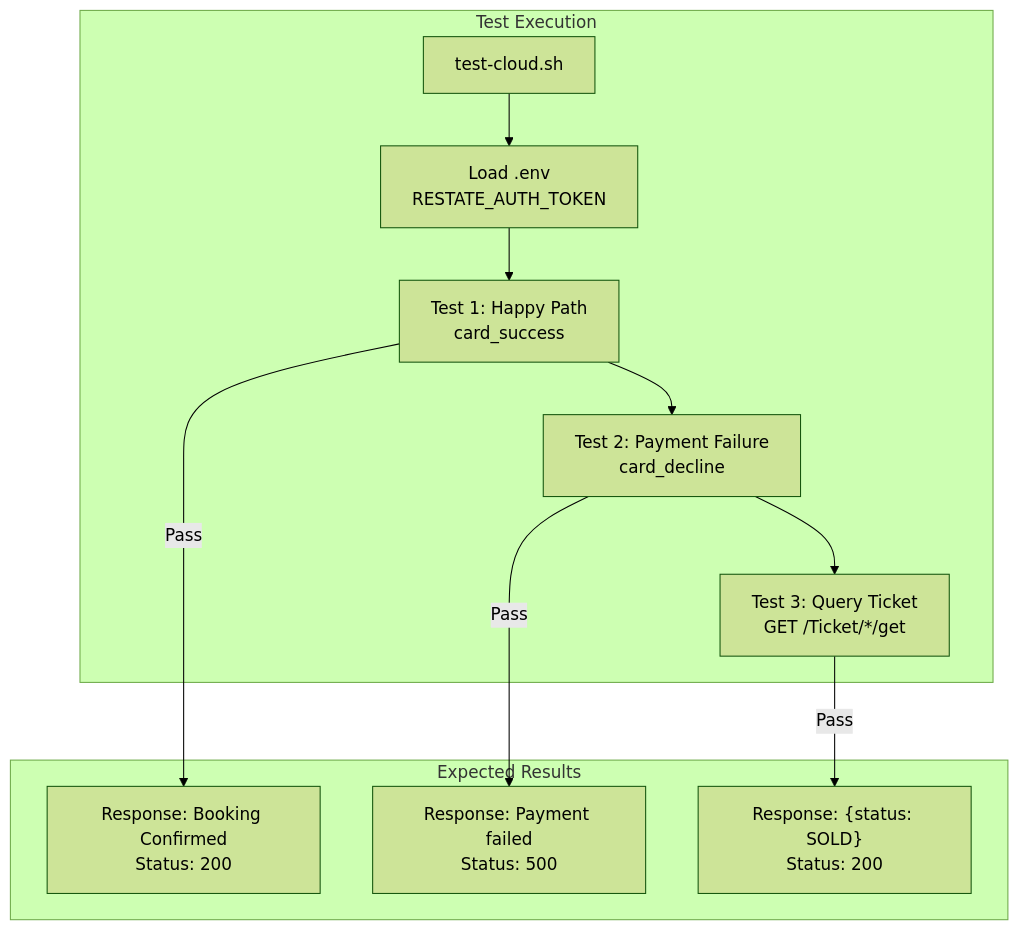
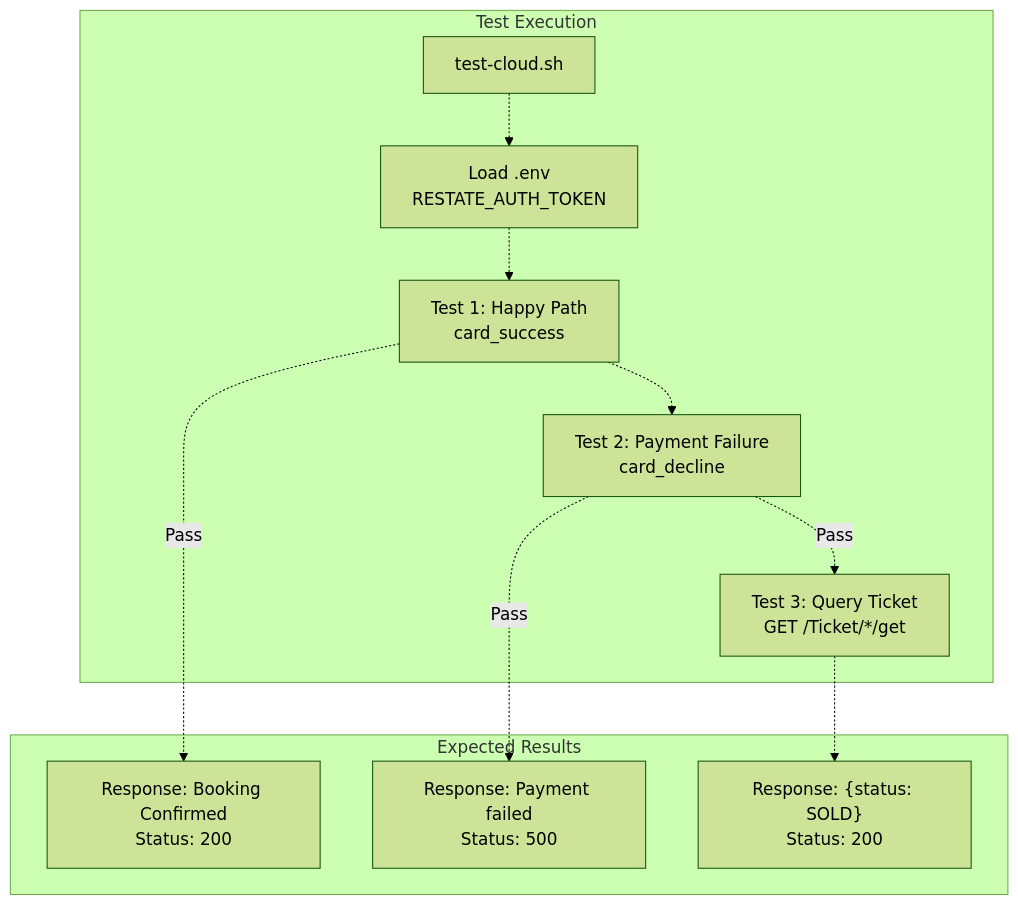
Before and after one commit to philipz/restate-cloudflare-workers-poc: the sixth of 6 diagrams in docs/deepwiki/Cloud-Deployment.md, drawn with Mermaid (forest theme). The commit also changed other lines of this file and 27 other files, not shown here.

````diff
--- a/docs/deepwiki/Cloud-Deployment.md
+++ b/docs/deepwiki/Cloud-Deployment.md
@@ -392,34 +392,34 @@
 ```mermaid
 flowchart TD
 
 Script["test-cloud.sh"]
 LoadEnv["Load .env<br>RESTATE_AUTH_TOKEN"]
 Test1["Test 1: Happy Path<br>card_success"]
 Test2["Test 2: Payment Failure<br>card_decline"]
 Test3["Test 3: Query Ticket<br>GET /Ticket/*/get"]
 Result1["Response: Booking Confirmed<br>Status: 200"]
 Result2["Response: Payment failed<br>Status: 500"]
 Result3["Response: {status: SOLD}<br>Status: 200"]
 
-Test1 -->|"Pass"| Result1
-Test2 -->|"Pass"| Result2
-Test3 -->|"Pass"| Result3
+Test1 -.->|"Pass"| Result1
+Test2 -.->|"Pass"| Result2
+Test3 -.-> Result3
 
 subgraph subGraph1 ["Expected Results"]
     Result1
     Result2
     Result3
 end
 
 subgraph subGraph0 ["Test Execution"]
     Script
     LoadEnv
     Test1
     Test2
     Test3
-    Script --> LoadEnv
-    LoadEnv --> Test1
-    Test1 --> Test2
-    Test2 --> Test3
+    Script -.-> LoadEnv
+    LoadEnv -.-> Test1
+    Test1 -.-> Test2
+    Test2 -.->|"Pass"| Test3
 end
 ```
````
